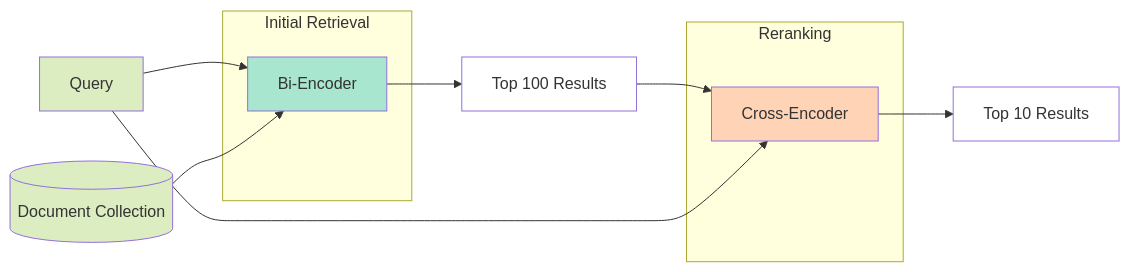
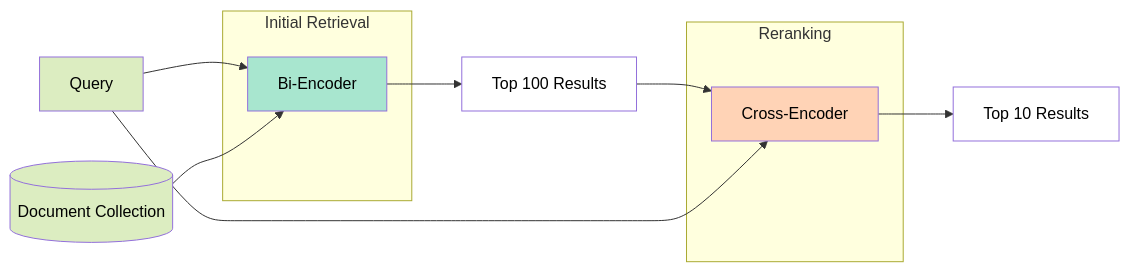
The first of 2 diagrams in README.md (Minerva142/DenseRetrievalProject), drawn with Mermaid before and after one commit. The commit also changed other lines of this file, not shown here.

````diff
--- a/README.md
+++ b/README.md
@@ -33,25 +33,22 @@
 ```mermaid
 graph LR
     Q[Query] --> BE[Bi-Encoder]
     D[(Document Collection)] --> BE
     BE --> R1[Top 100 Results]
     R1 --> CE[Cross-Encoder]
     Q --> CE
     CE --> R2[Top 10 Results]
-
-    style BE fill:#a8e6cf
-    style CE fill:#ffd3b6
-    style Q fill:#dcedc1
-    style D fill:#dcedc1
-    style R1 fill:#fff
-    style R2 fill:#fff
-
+    style BE fill:#a8e6cf,color:black
+    style CE fill:#ffd3b6,color:black
+    style Q fill:#dcedc1,color:black
+    style D fill:#dcedc1,color:black
+    style R1 fill:#fff,color:black
+    style R2 fill:#fff,color:black
     subgraph Initial Retrieval
     BE
     end
-
     subgraph Reranking
     CE
     end
 
 ```
````
